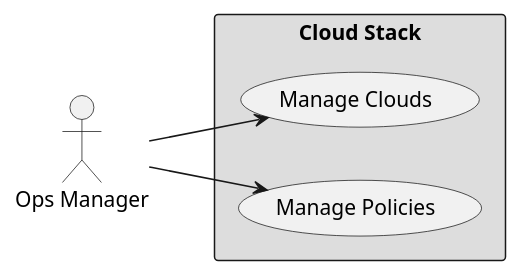
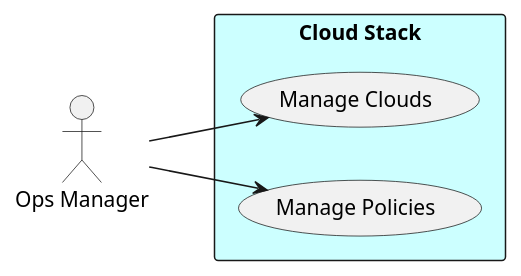
One commit to CAADE/fleet changed the diagram in docs/Solution/Cloud-Stack/UseCases.puml. Above: the diagram before and after it, drawn with PlantUML. The commit also changed 6 other files, not shown here.

```diff
--- a/docs/Solution/Cloud-Stack/UseCases.puml
+++ b/docs/Solution/Cloud-Stack/UseCases.puml
@@ -1,14 +1,14 @@
 @startuml
 
 left to right direction
 
 actor :Ops Manager: as Ops
 
-rectangle "Cloud Stack" #dddddd {
+rectangle "Cloud Stack" #ccffff {
     UseCase UC1 as "Manage Clouds"
     UseCase UC2  as "Manage Policies"
 }
 
 Ops --> UC1
 Ops --> UC2
 @enduml
```
